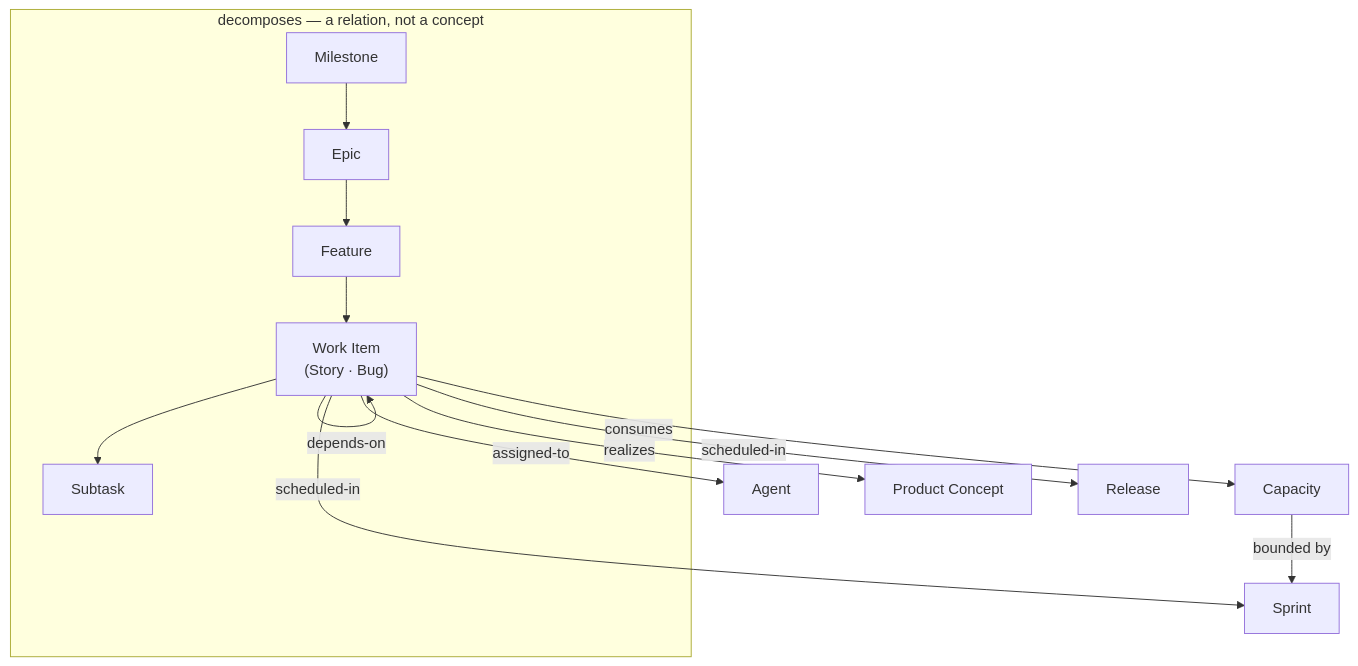
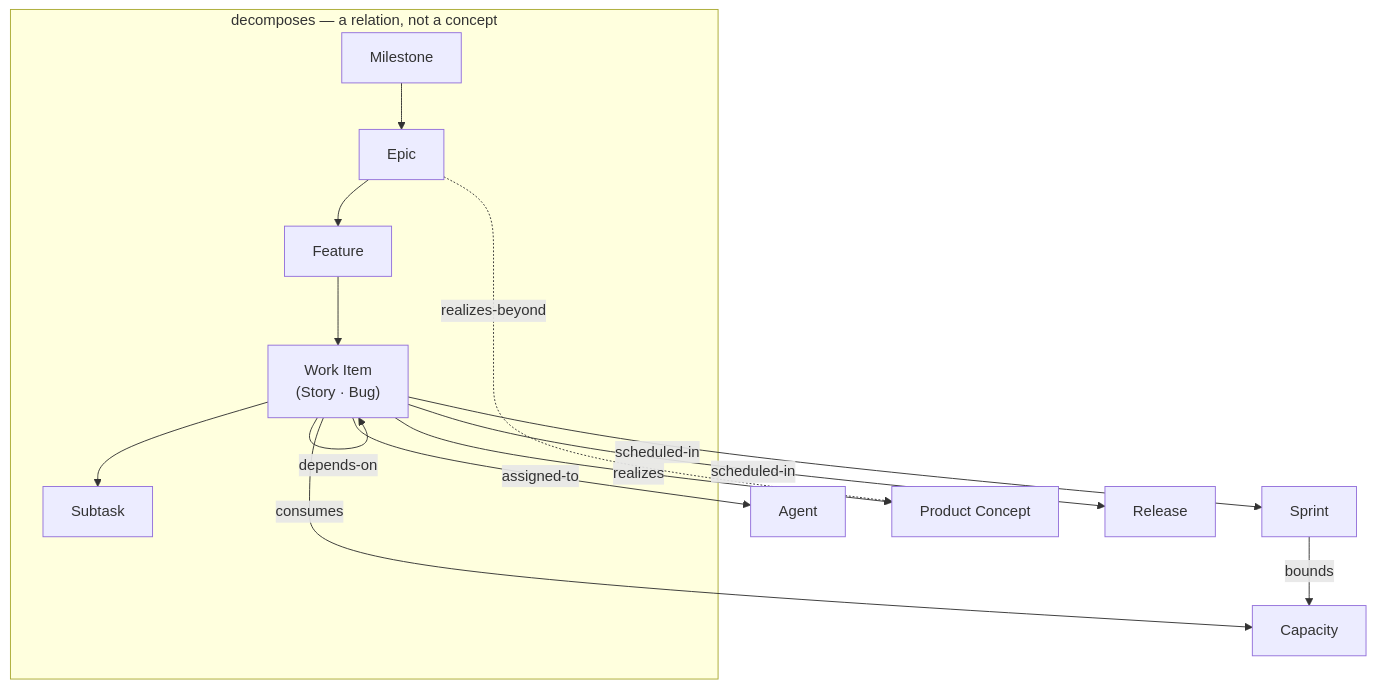
Before and after one commit to uh60down/ODPM: the diagram in examples/project-management/ontology.md, drawn with Mermaid. The commit also changed other lines of this file, not shown here.

````diff
--- a/examples/project-management/ontology.md
+++ b/examples/project-management/ontology.md
@@ -107,21 +115,22 @@
 ```mermaid
 graph TD
     Agent["Agent"]
     WI["Work Item<br/>(Story · Bug)"]
     PC["Product Concept"]
     Cap["Capacity"]
     Sprint["Sprint"]
     Rel["Release"]
 
     WI -->|realizes| PC
     WI -->|assigned-to| Agent
     WI -->|depends-on| WI
     WI -->|consumes| Cap
     WI -->|scheduled-in| Sprint
     WI -->|scheduled-in| Rel
-    Cap -->|bounded by| Sprint
+    Sprint -->|bounds| Cap
+    Epic -.->|realizes-beyond| PC
 
     subgraph grouping [decomposes — a relation, not a concept]
         Milestone --> Epic --> Feature --> WI --> Subtask
     end
 ```
````
